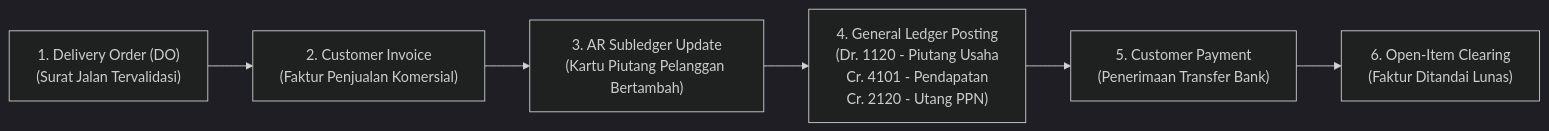
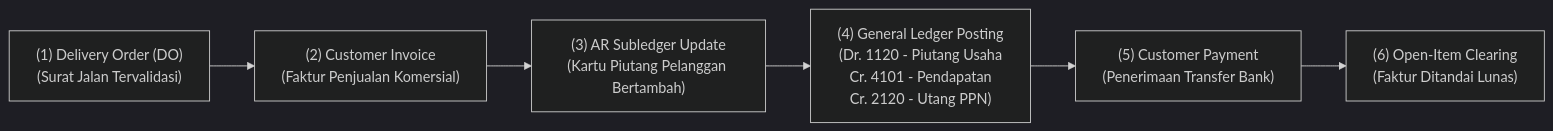
One commit to alimurrofid/erp-notes changed the first of 2 diagrams in content/03-sales/accounts-receivable-integration.md. Above: the diagram before and after it, drawn with Mermaid (dark theme). The commit also changed 132 other files, not shown here.

````diff
--- a/content/03-sales/accounts-receivable-integration.md
+++ b/content/03-sales/accounts-receivable-integration.md
@@ -31,9 +31,9 @@
 ```mermaid
 flowchart LR
-    DO["1. Delivery Order (DO)<br/>(Surat Jalan Tervalidasi)"]
-    --> INV["2. Customer Invoice<br/>(Faktur Penjualan Komersial)"]
-    --> AR_Sub["3. AR Subledger Update<br/>(Kartu Piutang Pelanggan Bertambah)"]
-    --> GL["4. General Ledger Posting<br/>(Dr. 1120 - Piutang Usaha<br/>Cr. 4101 - Pendapatan<br/>Cr. 2120 - Utang PPN)"]
-    --> Pay["5. Customer Payment<br/>(Penerimaan Transfer Bank)"]
-    --> Clear["6. Open-Item Clearing<br/>(Faktur Ditandai Lunas)"]
+    DO["(1) Delivery Order (DO)<br/>(Surat Jalan Tervalidasi)"]
+    --> INV["(2) Customer Invoice<br/>(Faktur Penjualan Komersial)"]
+    --> AR_Sub["(3) AR Subledger Update<br/>(Kartu Piutang Pelanggan Bertambah)"]
+    --> GL["(4) General Ledger Posting<br/>(Dr. 1120 - Piutang Usaha<br/>Cr. 4101 - Pendapatan<br/>Cr. 2120 - Utang PPN)"]
+    --> Pay["(5) Customer Payment<br/>(Penerimaan Transfer Bank)"]
+    --> Clear["(6) Open-Item Clearing<br/>(Faktur Ditandai Lunas)"]
 ```
````
